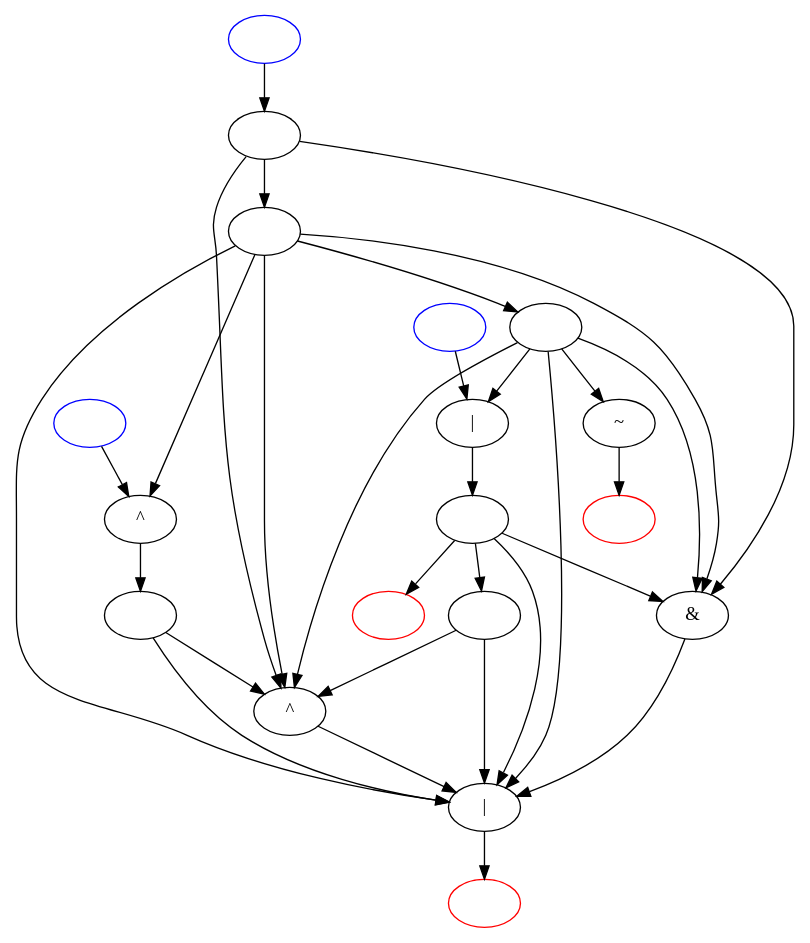
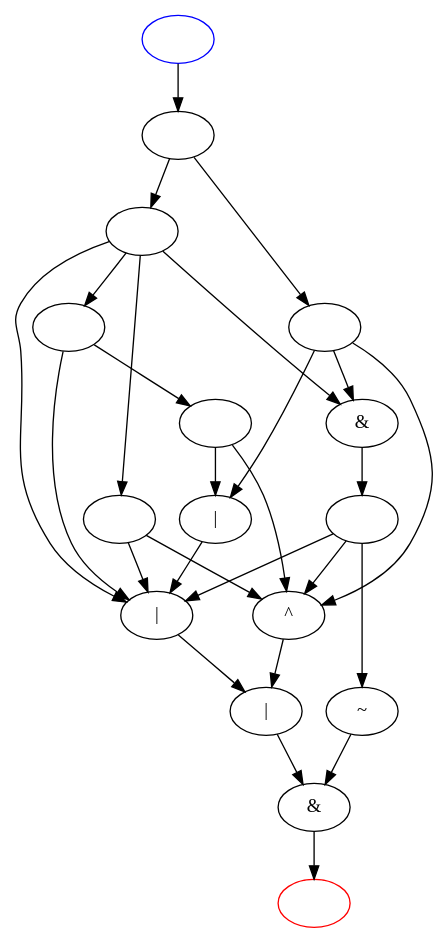
Before and after one commit to Martin-Masson/projet-graphs-python: the diagram in digraph.dot, drawn with Graphviz. The commit also changed 2 other files, not shown here.

```diff
--- a/digraph.dot
+++ b/digraph.dot
@@ -1,56 +1,46 @@
 digraph G {
     v0 [label=""];
     v0 -> v1;
+    v0 -> v4;
+    v0 -> v5;
     v0 -> v7;
-    v0 -> v8;
     v1 [label=""];
     v1 -> v2;
-    v1 -> v6;
     v1 -> v7;
-    v1 -> v8;
-    v1 -> v9;
     v2 [label=""];
-    v2 -> v3;
-    v2 -> v5;
-    v2 -> v7;
-    v2 -> v8;
+    v2 -> v6;
     v2 -> v9;
-    v3 [label="|"];
-    v3 -> v16;
+    v3 [label=""];
+    v3 -> v5;
+    v3 -> v6;
+    v3 -> v9;
     v4 [label=""];
     v4 -> v7;
     v4 -> v9;
-    v5 [label="~"];
-    v5 -> v11;
-    v6 [label="^"];
-    v6 -> v17;
-    v7 [label="^"];
-    v7 -> v9;
-    v8 [label="&"];
-    v8 -> v9;
-    v9 [label="|"];
-    v9 -> v12;
+    v5 [label="&"];
+    v5 -> v18;
+    v6 [label="|"];
+    v6 -> v7;
+    v7 [label="|"];
+    v7 -> v16;
+    v8 [label="~"];
+    v8 -> v17;
+    v9 [label="^"];
+    v9 -> v16;
     v10 [color=blue];
     v10 [label=""];
-    v10 -> v0;
-    v11 [color=red];
-    v11 [label=""];
-    v12 [color=red];
-    v12 [label=""];
-    v13 [color=blue];
+    v10 -> v15;
+    v13 [color=red];
     v13 [label=""];
-    v13 -> v3;
-    v14 [color=blue];
-    v14 [label=""];
-    v14 -> v6;
-    v15 [color=red];
     v15 [label=""];
-    v16 [label=""];
-    v16 -> v4;
-    v16 -> v8;
-    v16 -> v9;
-    v16 -> v15;
-    v17 [label=""];
-    v17 -> v7;
-    v17 -> v9;
+    v15 -> v0;
+    v15 -> v3;
+    v16 [label="|"];
+    v16 -> v17;
+    v17 [label="&"];
+    v17 -> v13;
+    v18 [label=""];
+    v18 -> v7;
+    v18 -> v8;
+    v18 -> v9;
 }
```
